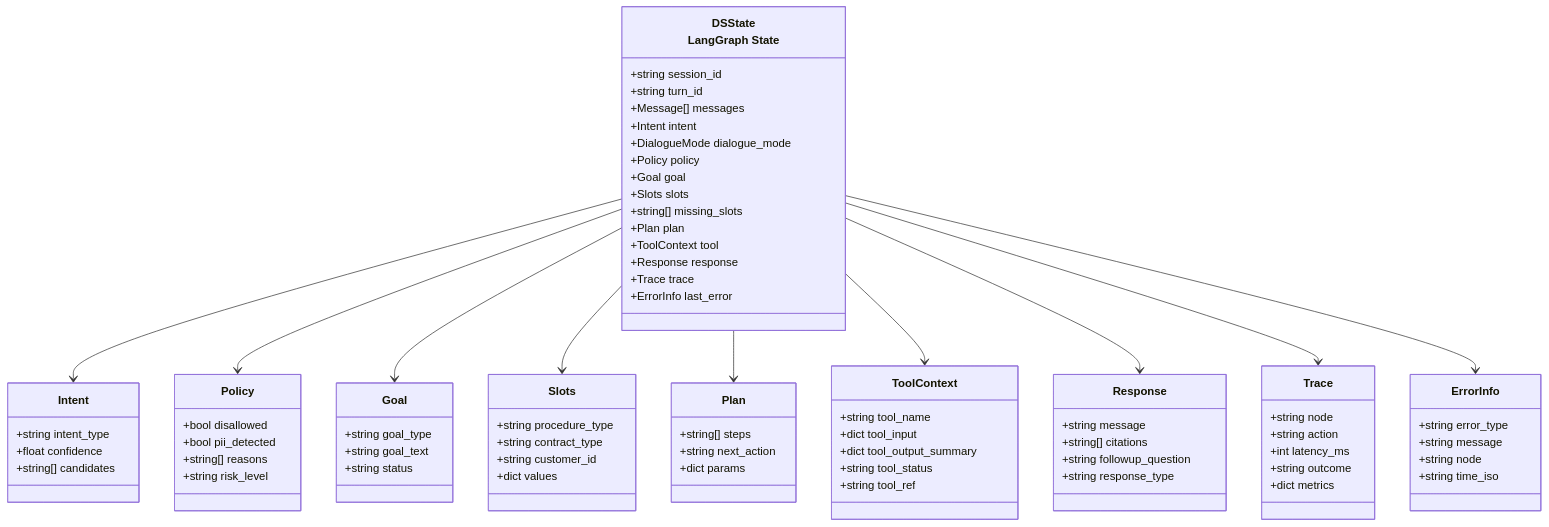
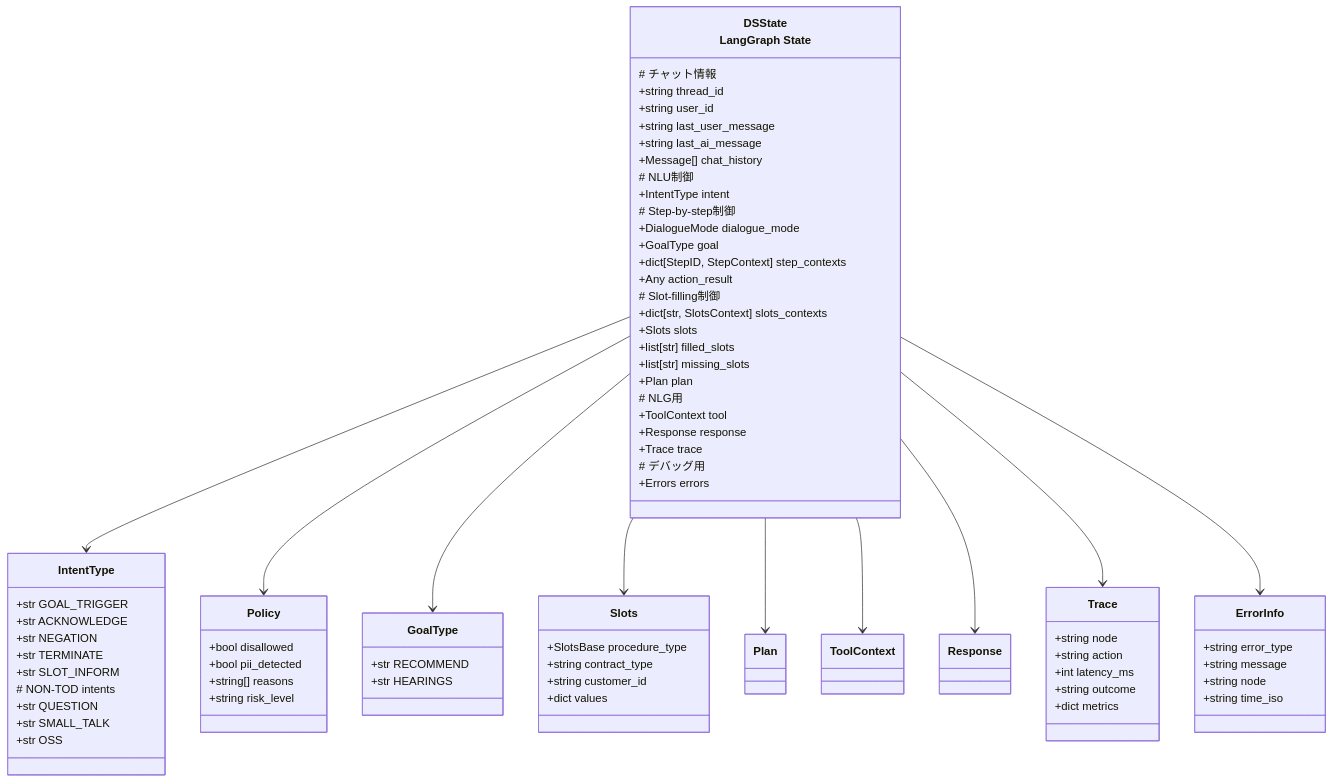
One commit to obata01/presentations changed the first of 4 diagrams in develop/documents/tod_system/03_STATE_SPEC.md. Above: the diagram before and after it, drawn with Mermaid. The commit also changed other lines of this file and 23 other files, not shown here.

````diff
--- a/develop/documents/tod_system/03_STATE_SPEC.md
+++ b/develop/documents/tod_system/03_STATE_SPEC.md
@@ -27,26 +27,43 @@
 ```mermaid
 classDiagram
   class DSState["DSState<br/>LangGraph State"]{
-    +string session_id
-    +string turn_id
-    +Message[] messages
-    +Intent intent
+    # チャット情報
+    +string thread_id
+    +string user_id
+    +string last_user_message
+    +string last_ai_message
+    +Message[] chat_history
+    # NLU制御
+    +IntentType intent
+    # Step-by-step制御
     +DialogueMode dialogue_mode
-    +Policy policy
-    +Goal goal
+    +GoalType goal
+    +dict[StepID, StepContext] step_contexts
+    +Any action_result
+    # Slot-filling制御
+    +dict[str, SlotsContext] slots_contexts
     +Slots slots
-    +string[] missing_slots
+    +list[str] filled_slots
+    +list[str] missing_slots
     +Plan plan
+    # NLG用
     +ToolContext tool
     +Response response
     +Trace trace
-    +ErrorInfo last_error
+    # デバッグ用
+    +Errors errors 
   }
 
-  class Intent["Intent"]{
-    +string intent_type
-    +float confidence
-    +string[] candidates
+  class Intent["IntentType"]{
+    +str GOAL_TRIGGER
+    +str ACKNOWLEDGE
+    +str NEGATION
+    +str TERMINATE
+    +str SLOT_INFORM
+    # NON-TOD intents
+    +str QUESTION
+    +str SMALL_TALK
+    +str OSS
   }
 
   class Policy["Policy"]{
@@ -56,38 +73,16 @@
     +string risk_level
   }
 
-  class Goal["Goal"]{
-    +string goal_type
-    +string goal_text
-    +string status
+  class Goal["GoalType"]{
+    +str RECOMMEND
+    +str HEARINGS
   }
 
   class Slots["Slots"]{
-    +string procedure_type
+    +SlotsBase procedure_type
     +string contract_type
     +string customer_id
     +dict values
-  }
-
-  class Plan["Plan"]{
-    +string[] steps
-    +string next_action
-    +dict params
-  }
-
-  class ToolContext["ToolContext"]{
-    +string tool_name
-    +dict tool_input
-    +dict tool_output_summary
-    +string tool_status
-    +string tool_ref
-  }
-
-  class Response["Response"]{
-    +string message
-    +string[] citations
-    +string followup_question
-    +string response_type
   }
 
   class Trace["Trace"]{
````
